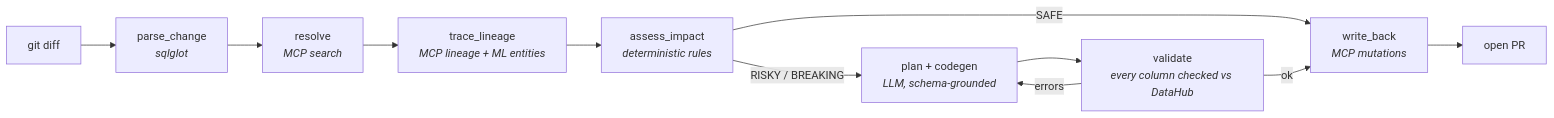
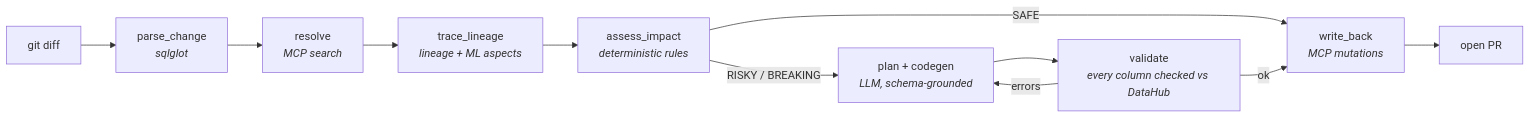
The diagram in README.md (BriceZemba/fuse-datahub), drawn with Mermaid before and after one commit. The commit also changed other lines of this file, not shown here.

````diff
--- a/README.md
+++ b/README.md
@@ -68,13 +75,13 @@
 ```mermaid
 flowchart LR
   A[git diff] --> B[parse_change<br/><i>sqlglot</i>]
   B --> C[resolve<br/><i>MCP search</i>]
-  C --> D[trace_lineage<br/><i>MCP lineage + ML entities</i>]
+  C --> D[trace_lineage<br/><i>lineage + ML aspects</i>]
   D --> E[assess_impact<br/><i>deterministic rules</i>]
   E -->|SAFE| H[write_back]
   E -->|RISKY / BREAKING| F[plan + codegen<br/><i>LLM, schema-grounded</i>]
   F --> G[validate<br/><i>every column checked vs DataHub</i>]
   G -->|errors| F
   G -->|ok| H[write_back<br/><i>MCP mutations</i>]
   H --> I[open PR]
 ```
````
